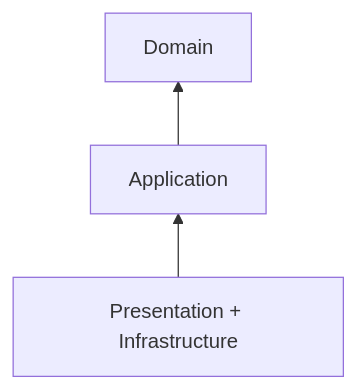
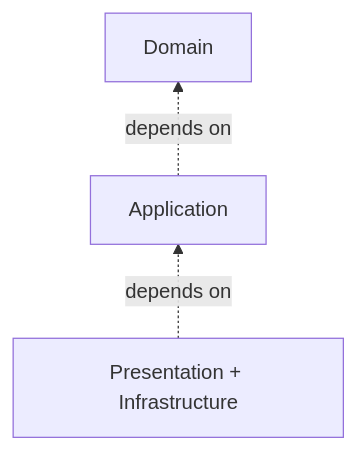
Before and after one commit to AndresTaoFlorez/software-architecture: the second of 7 diagrams in onion-architecture/README.md, drawn with Mermaid. The commit also changed other lines of this file and 21 other files, not shown here.

````diff
--- a/onion-architecture/README.md
+++ b/onion-architecture/README.md
@@ -77,9 +77,9 @@
 ```mermaid
 flowchart BT
     OUTER["Presentation + Infrastructure"]
     APP["Application"]
     DOMAIN["Domain"]
 
-    OUTER --> APP
-    APP --> DOMAIN
+    OUTER -. "depends on" .-> APP
+    APP -. "depends on" .-> DOMAIN
 ```
````
